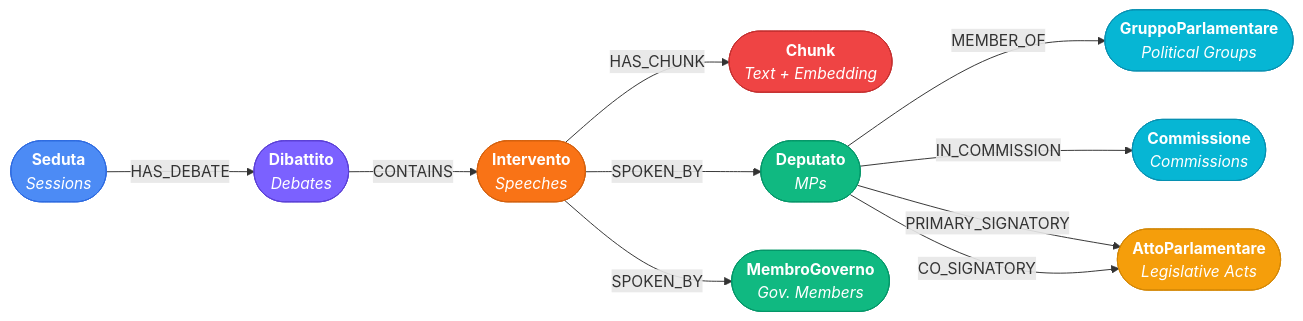
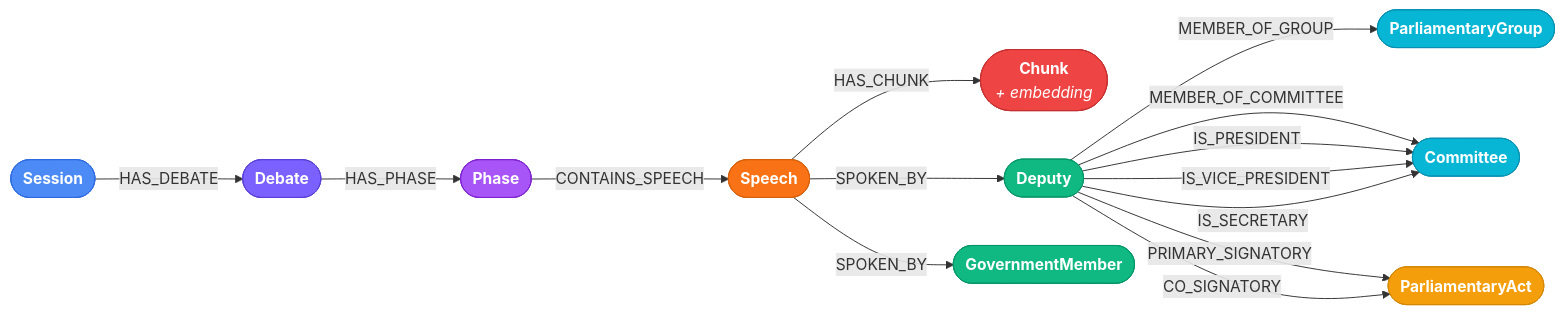
One commit to Emeierkeio/ParliamentRAG changed the second of 2 diagrams in README.md. Above: the diagram before and after it, drawn with Mermaid.

Commit message:
Updated gitignore

````diff
--- a/README.md
+++ b/README.md
@@ -246,30 +246,36 @@
 ```mermaid
 graph LR
-  Seduta([<b>Seduta</b><br/><i>Sessions</i>]):::session
-  Dibattito([<b>Dibattito</b><br/><i>Debates</i>]):::debate
-  Intervento([<b>Intervento</b><br/><i>Speeches</i>]):::speech
-  Chunk([<b>Chunk</b><br/><i>Text + Embedding</i>]):::chunk
-  Deputato([<b>Deputato</b><br/><i>MPs</i>]):::person
-  MembroGoverno([<b>MembroGoverno</b><br/><i>Gov. Members</i>]):::person
-  Gruppo([<b>GruppoParlamentare</b><br/><i>Political Groups</i>]):::group
-  Commissione([<b>Commissione</b><br/><i>Commissions</i>]):::group
-  Atto([<b>AttoParlamentare</b><br/><i>Legislative Acts</i>]):::act
+  Session([<b>Session</b>]):::session
+  Debate([<b>Debate</b>]):::debate
+  Phase([<b>Phase</b>]):::phase
+  Speech([<b>Speech</b>]):::speech
+  Chunk([<b>Chunk</b><br/><i>+ embedding</i>]):::chunk
+  Deputy([<b>Deputy</b>]):::person
+  GovMember([<b>GovernmentMember</b>]):::person
+  Group([<b>ParliamentaryGroup</b>]):::group
+  Committee([<b>Committee</b>]):::group
+  Act([<b>ParliamentaryAct</b>]):::act
 
-  Seduta -->|HAS_DEBATE| Dibattito
-  Dibattito -->|CONTAINS| Intervento
-  Intervento -->|HAS_CHUNK| Chunk
-  Intervento -->|SPOKEN_BY| Deputato
-  Intervento -->|SPOKEN_BY| MembroGoverno
-  Deputato -->|MEMBER_OF| Gruppo
-  Deputato -->|IN_COMMISSION| Commissione
-  Deputato -->|PRIMARY_SIGNATORY| Atto
-  Deputato -->|CO_SIGNATORY| Atto
+  Session -->|HAS_DEBATE| Debate
+  Debate -->|HAS_PHASE| Phase
+  Phase -->|CONTAINS_SPEECH| Speech
+  Speech -->|HAS_CHUNK| Chunk
+  Speech -->|SPOKEN_BY| Deputy
+  Speech -->|SPOKEN_BY| GovMember
+  Deputy -->|MEMBER_OF_GROUP| Group
+  Deputy -->|MEMBER_OF_COMMITTEE| Committee
+  Deputy -->|IS_PRESIDENT| Committee
+  Deputy -->|IS_VICE_PRESIDENT| Committee
+  Deputy -->|IS_SECRETARY| Committee
+  Deputy -->|PRIMARY_SIGNATORY| Act
+  Deputy -->|CO_SIGNATORY| Act
 
   classDef session fill:#4C8BF5,stroke:#2d6ae0,color:#fff,rx:12
   classDef debate fill:#7B61FF,stroke:#5a3fd6,color:#fff,rx:12
+  classDef phase fill:#a855f7,stroke:#7e22ce,color:#fff,rx:12
   classDef speech fill:#F97316,stroke:#d4600e,color:#fff,rx:12
   classDef chunk fill:#EF4444,stroke:#c53030,color:#fff,rx:12
   classDef person fill:#10B981,stroke:#059669,color:#fff,rx:12
   classDef group fill:#06B6D4,stroke:#0891b2,color:#fff,rx:12
   classDef act fill:#F59E0B,stroke:#d48806,color:#fff,rx:12
 ```
````
